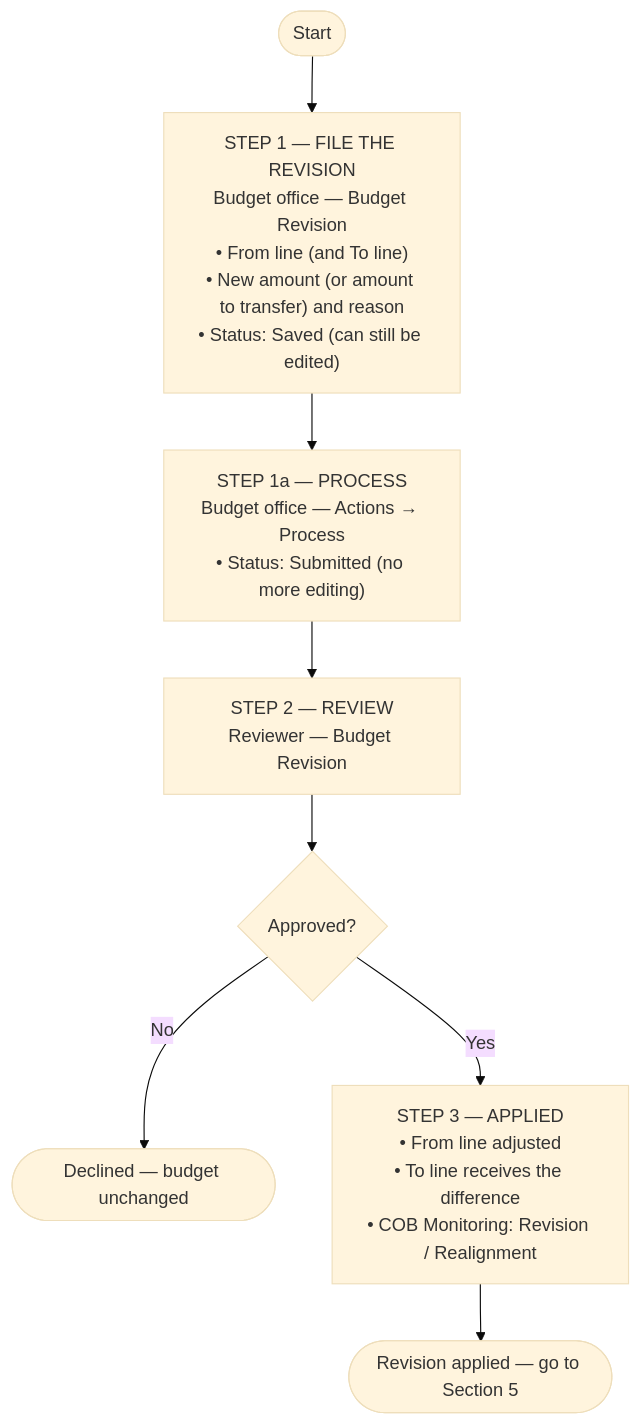
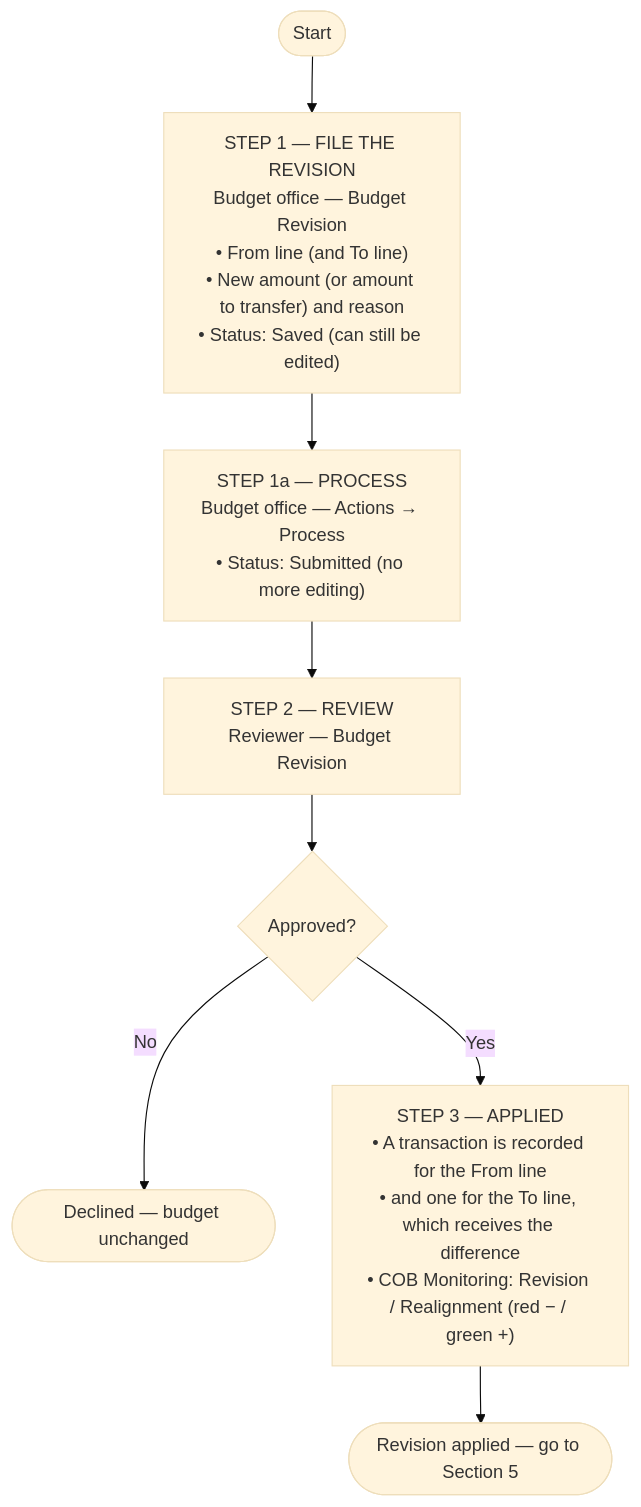
The fifth of 14 diagrams in system_docs/process-flow/PROCESS-FLOW.md (A-team-ITBS/fims-nha), drawn with Mermaid (base theme) before and after one commit. The commit also changed other lines of this file and 21 other files, not shown here.

First line of the commit message:
Refactor budget revision and COB monitoring documentation

````diff
--- a/system_docs/process-flow/PROCESS-FLOW.md
+++ b/system_docs/process-flow/PROCESS-FLOW.md
@@ -197,10 +197,10 @@
 ```mermaid
 flowchart TD
     START(["Start"]) --> S1["STEP 1 — FILE THE REVISION<br/>Budget office — Budget Revision<br/>• From line (and To line)<br/>• New amount (or amount to transfer) and reason<br/>• Status: Saved (can still be edited)"]
     S1 --> SP["STEP 1a — PROCESS<br/>Budget office — Actions → Process<br/>• Status: Submitted (no more editing)"]
     SP --> S2["STEP 2 — REVIEW<br/>Reviewer — Budget Revision"]
     S2 --> D1{"Approved?"}
     D1 -->|"No"| X(["Declined — budget unchanged"])
-    D1 -->|"Yes"| S3["STEP 3 — APPLIED<br/>• From line adjusted<br/>• To line receives the difference<br/>• COB Monitoring: Revision / Realignment"]
+    D1 -->|"Yes"| S3["STEP 3 — APPLIED<br/>• A transaction is recorded for the From line<br/>• and one for the To line, which receives the difference<br/>• COB Monitoring: Revision / Realignment (red − / green +)"]
     S3 --> END(["Revision applied — go to Section 5"])
 ```
````
